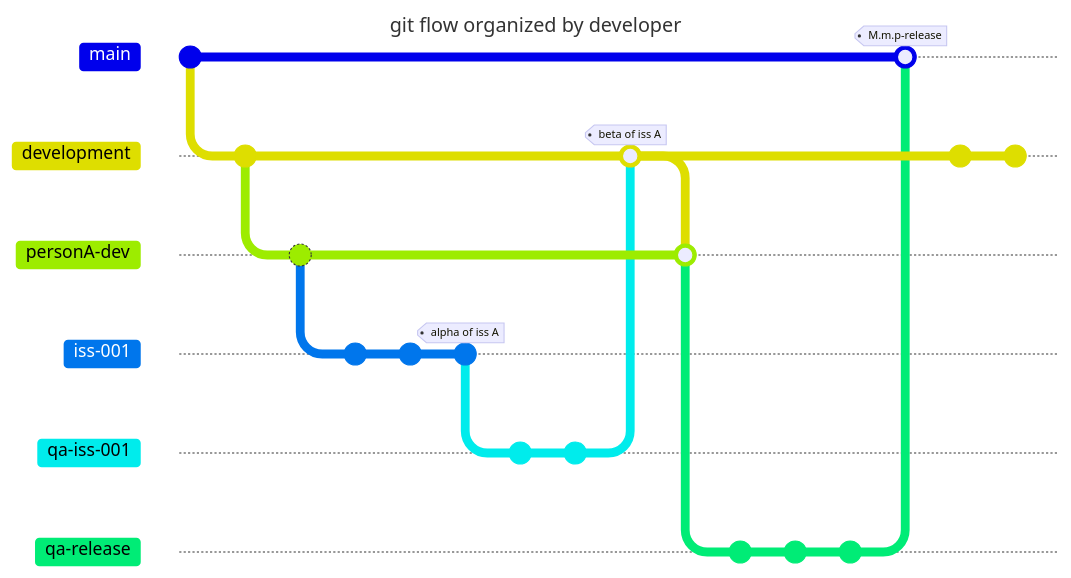
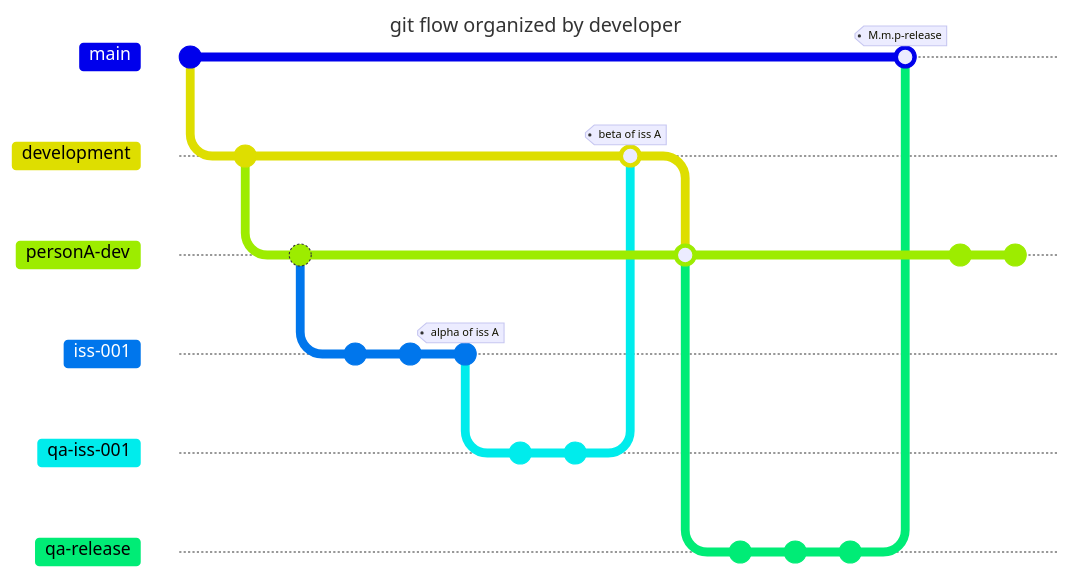
Before and after one commit to petre-renware/sdeven: the second of 2 diagrams in doc_src/SDEVEN.40_BRAN.md, drawn with Mermaid. The commit also changed other lines of this file, not shown here. Commit ids are hidden.

````diff
--- a/doc_src/SDEVEN.40_BRAN.md
+++ b/doc_src/SDEVEN.40_BRAN.md
@@ -122,41 +118,37 @@
 ``` mermaid
 ---
 title: git flow organized by developer
 ---
 gitGraph
     commit id: "init repo"
     branch "development"
     commit id: "start of iss A"
 
     branch "personA-dev"
     commit id: "prepare branch"
     branch "iss-001"
     commit
     commit
     commit id: "end iss 001" tag: "alpha of iss A"
 
     branch "qa-iss-001"
     commit id: "prepare test of iss A"
     commit "beta passed"
 
     checkout "development"
     merge "qa-iss-001" tag: "beta of iss A"
 
     checkout "personA-dev"
     merge "development"
 
     branch "qa-release"
     commit id: "documentation Ok"
     commit id: "deployment kit OK"
     commit id: "release PASSED"
     checkout "main"
     merge "qa-release" tag: "M.m.p-release"
 
     checkout "personA-dev"
     commit id: "other work"
     commit id: "more other work"
-
-    checkout "development"
-    commit id: "other work"
-    commit id: "more other work"
 ```
````
